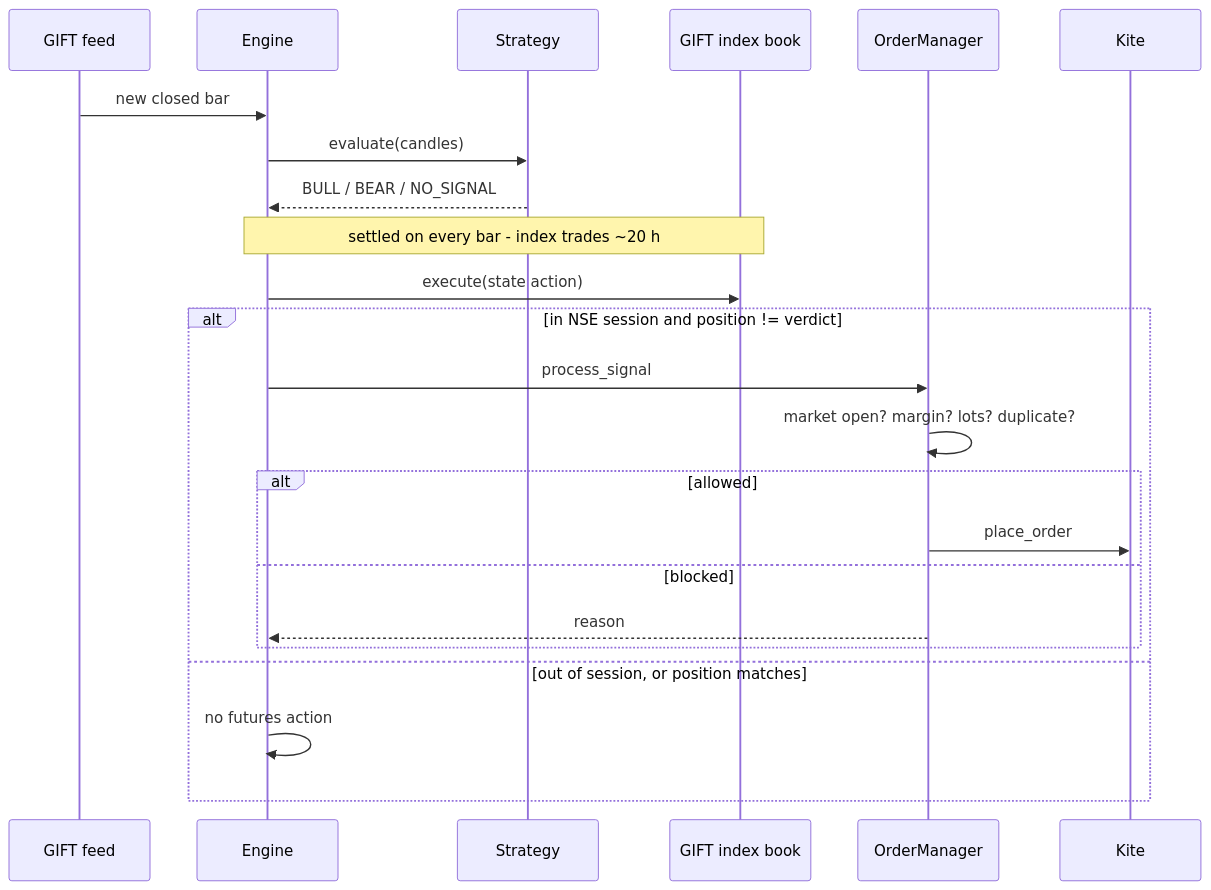
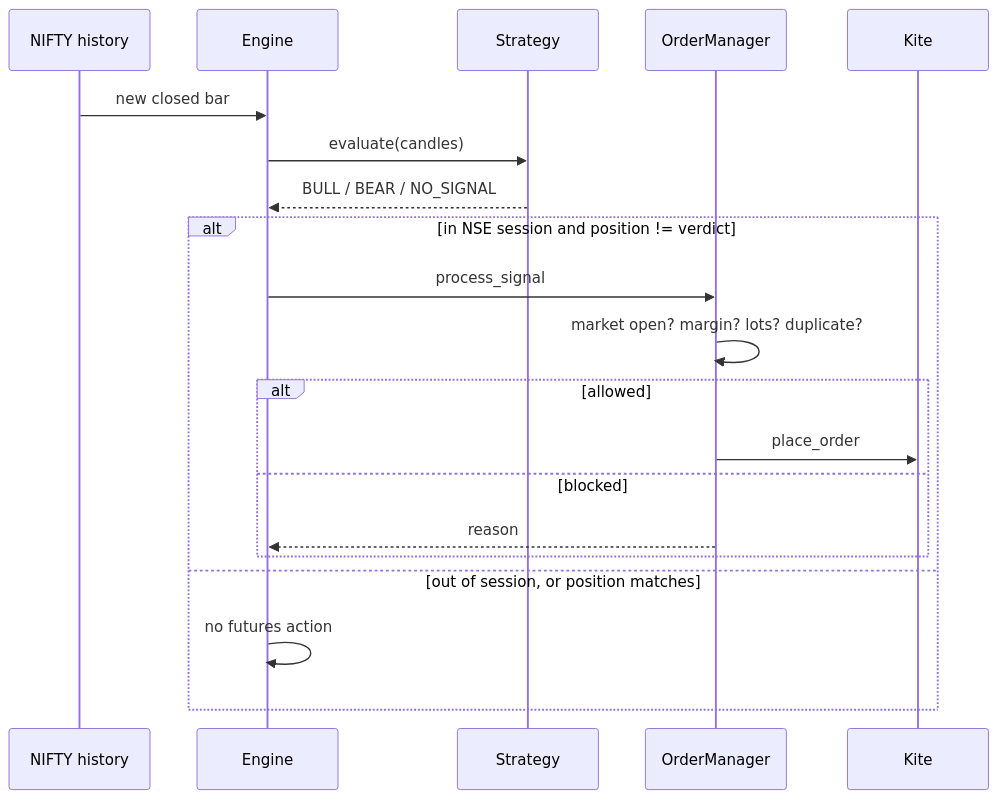
One commit to surikbs-xp/belaku changed the diagram in website/docs/architecture.md. Above: the diagram before and after it, drawn with Mermaid. The commit also changed other lines of this file and 22 other files, not shown here.

````diff
--- a/website/docs/architecture.md
+++ b/website/docs/architecture.md
@@ -93,26 +77,23 @@
 ```mermaid
 sequenceDiagram
-    participant F as GIFT feed
+    participant F as NIFTY history
     participant E as Engine
     participant S as Strategy
-    participant G as GIFT index book
     participant O as OrderManager
     participant K as Kite
 
     F->>E: new closed bar
     E->>S: evaluate(candles)
     S-->>E: BULL / BEAR / NO_SIGNAL
-    Note over E,G: settled on every bar - index trades ~20 h
-    E->>G: execute(state action)
     alt in NSE session and position != verdict
         E->>O: process_signal
         O->>O: market open? margin? lots? duplicate?
         alt allowed
             O->>K: place_order
         else blocked
             O-->>E: reason
         end
     else out of session, or position matches
         E->>E: no futures action
     end
 ```
````
